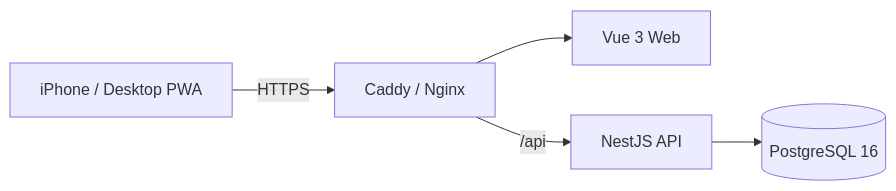
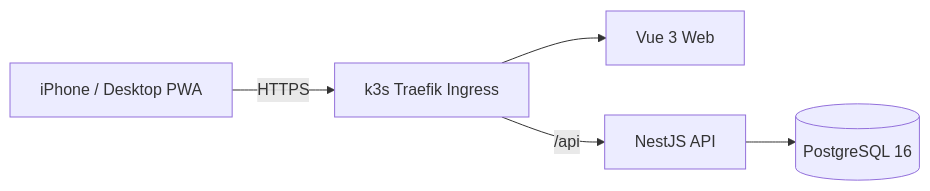
One commit to cleanbrain-developer/english-core-speaking changed the diagram in README.md. Above: the diagram before and after it, drawn with Mermaid. The commit also changed other lines of this file and 22 other files, not shown here.

````diff
--- a/README.md
+++ b/README.md
@@ -9,7 +9,7 @@
 ```mermaid
 flowchart LR
-  U[iPhone / Desktop PWA] -->|HTTPS| RP[Caddy / Nginx]
+  U[iPhone / Desktop PWA] -->|HTTPS| RP[k3s Traefik Ingress]
   RP --> W[Vue 3 Web]
   RP -->|/api| A[NestJS API]
   A --> P[(PostgreSQL 16)]
 ```
````
